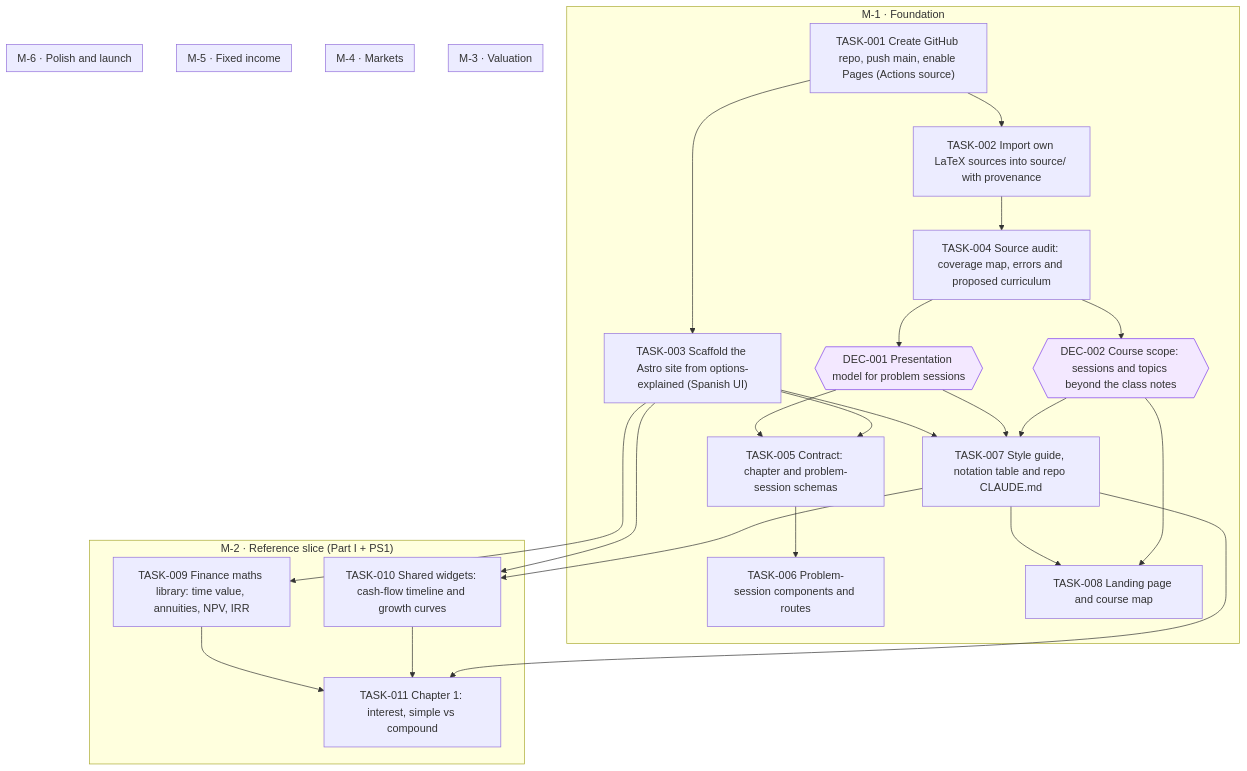
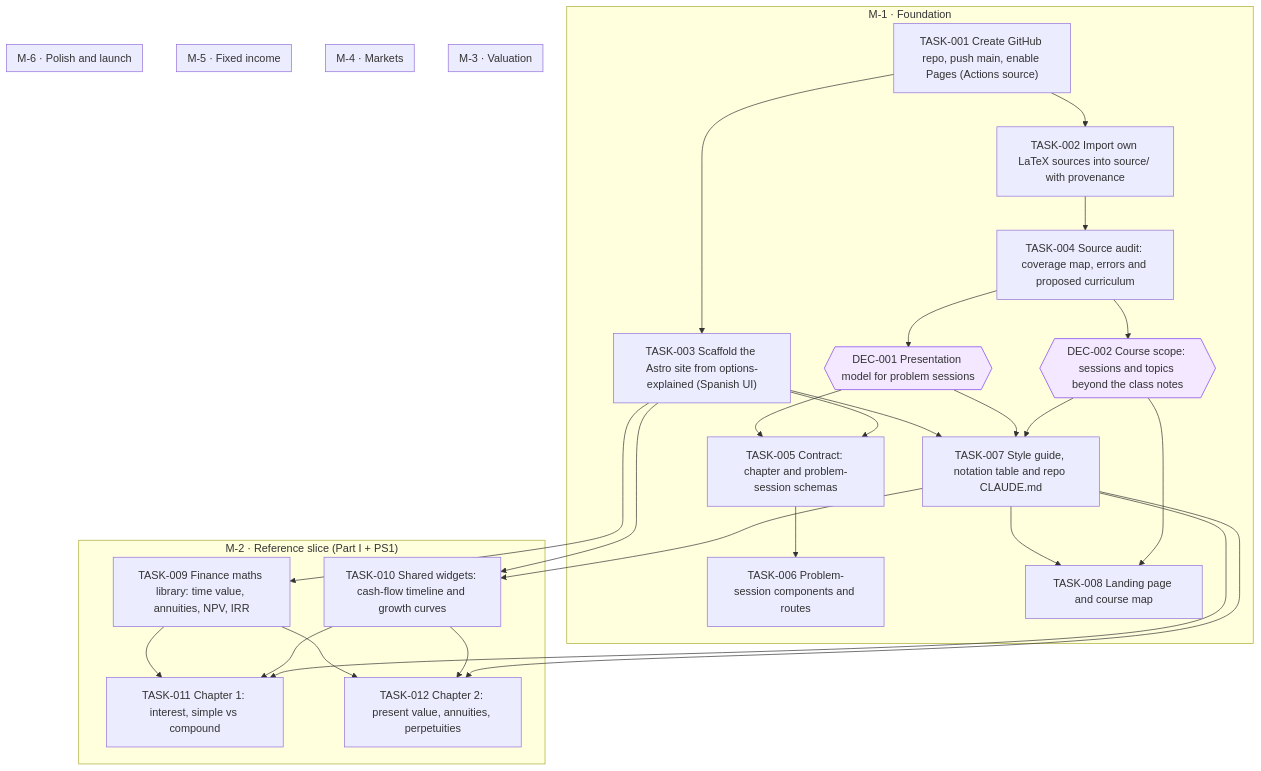
One commit to jesusvillota/economia-financiera changed the diagram in goals/course-site/README.md. Above: the diagram before and after it, drawn with Mermaid. The commit also changed 1 other file, not shown here.

Commit message:
goal(course-site): add TASK-012 Chapter 2: present value, annuities, perpetuities

````diff
--- a/goals/course-site/README.md
+++ b/goals/course-site/README.md
@@ -19,52 +19,56 @@
 ```mermaid
 flowchart TD
   subgraph M_1["M-1 · Foundation"]
     DEC_001{{"DEC-001 Presentation model for problem sessions"}}
     DEC_002{{"DEC-002 Course scope: sessions and topics beyond the class notes"}}
     TASK_001["TASK-001 Create GitHub repo, push main, enable Pages (Actions source)"]
     TASK_002["TASK-002 Import own LaTeX sources into source/ with provenance"]
     TASK_003["TASK-003 Scaffold the Astro site from options-explained (Spanish UI)"]
     TASK_004["TASK-004 Source audit: coverage map, errors and proposed curriculum"]
     TASK_005["TASK-005 Contract: chapter and problem-session schemas"]
     TASK_006["TASK-006 Problem-session components and routes"]
     TASK_007["TASK-007 Style guide, notation table and repo CLAUDE.md"]
     TASK_008["TASK-008 Landing page and course map"]
   end
   subgraph M_2["M-2 · Reference slice (Part I + PS1)"]
     TASK_009["TASK-009 Finance maths library: time value, annuities, NPV, IRR"]
     TASK_010["TASK-010 Shared widgets: cash-flow timeline and growth curves"]
     TASK_011["TASK-011 Chapter 1: interest, simple vs compound"]
+    TASK_012["TASK-012 Chapter 2: present value, annuities, perpetuities"]
   end
   subgraph M_3["M-3 · Valuation"]
   end
   subgraph M_4["M-4 · Markets"]
   end
   subgraph M_5["M-5 · Fixed income"]
   end
   subgraph M_6["M-6 · Polish and launch"]
   end
   TASK_004 --> DEC_001
   TASK_004 --> DEC_002
   TASK_001 --> TASK_002
   TASK_001 --> TASK_003
   TASK_002 --> TASK_004
   DEC_001 --> TASK_005
   TASK_003 --> TASK_005
   TASK_005 --> TASK_006
   TASK_003 --> TASK_007
   DEC_001 --> TASK_007
   DEC_002 --> TASK_007
   TASK_007 --> TASK_008
   DEC_002 --> TASK_008
   TASK_003 --> TASK_009
   TASK_003 --> TASK_010
   TASK_007 --> TASK_010
   TASK_009 --> TASK_011
   TASK_010 --> TASK_011
   TASK_007 --> TASK_011
+  TASK_009 --> TASK_012
+  TASK_010 --> TASK_012
+  TASK_007 --> TASK_012
   classDef draft stroke-dasharray: 4 3
   classDef cancelled opacity:0.45
   classDef decision fill:#f3e8ff,stroke:#7c3aed
   class DEC_001 decision
   class DEC_002 decision
 ```
````
